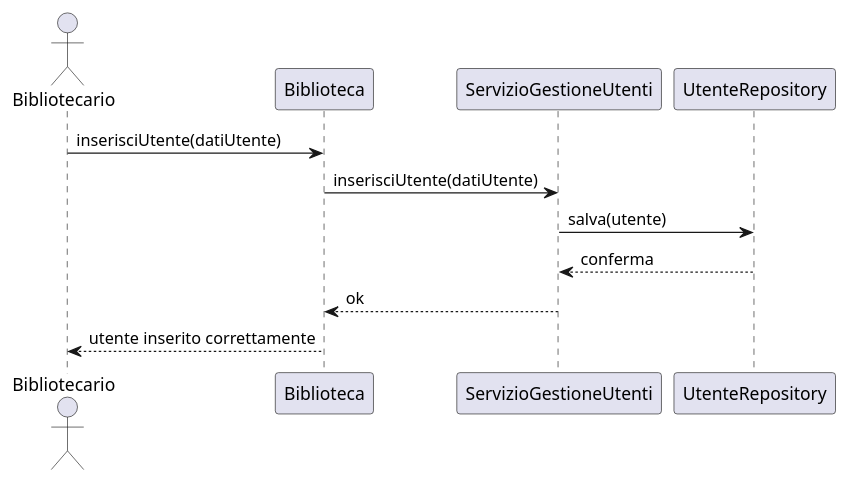
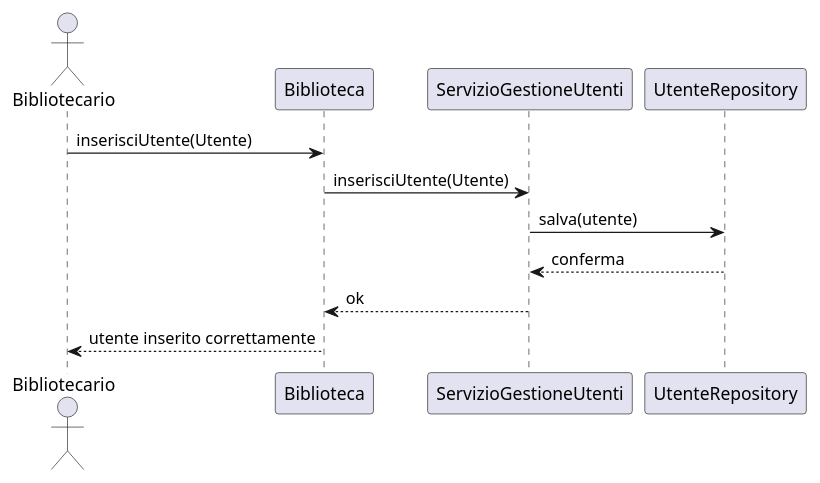
The diagram in Consegne/diagrammiSequenza/inserisciutente.puml (FreeWisp/BibliotecaIDS), drawn with PlantUML before and after one commit. The commit also changed 4 other files, not shown here.

```diff
--- a/Consegne/diagrammiSequenza/inserisciutente.puml
+++ b/Consegne/diagrammiSequenza/inserisciutente.puml
@@ -1,13 +1,13 @@
 @startuml
 actor Bibliotecario as OP
 participant Biblioteca as B
 participant ServizioGestioneUtenti as S
 participant UtenteRepository as R
 
-OP -> B : inserisciUtente(datiUtente)
-B -> S : inserisciUtente(datiUtente)
+OP -> B : inserisciUtente(Utente)
+B -> S : inserisciUtente(Utente)
 S -> R : salva(utente)
 R --> S : conferma
 S --> B : ok
 B --> OP : utente inserito correttamente
 @enduml
```
